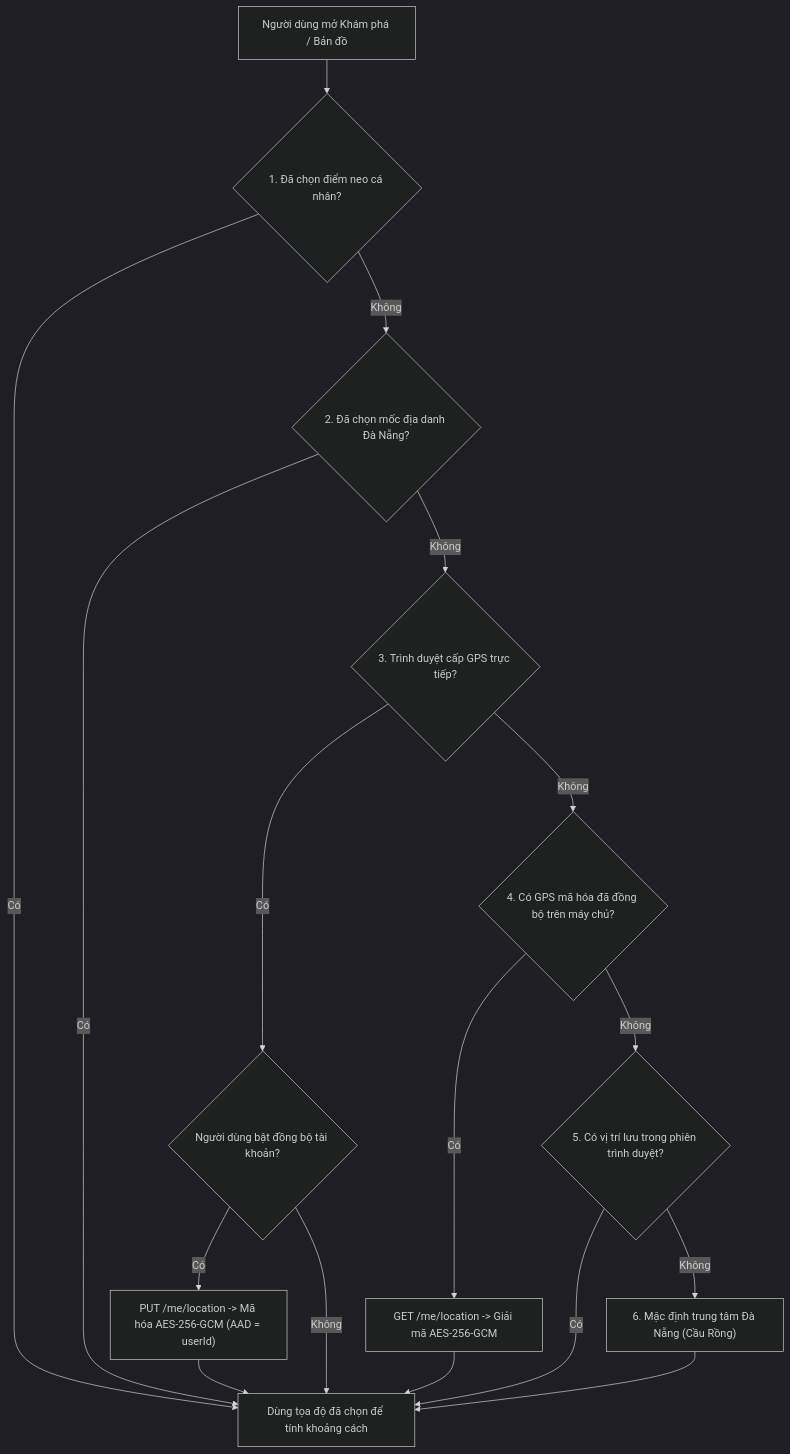
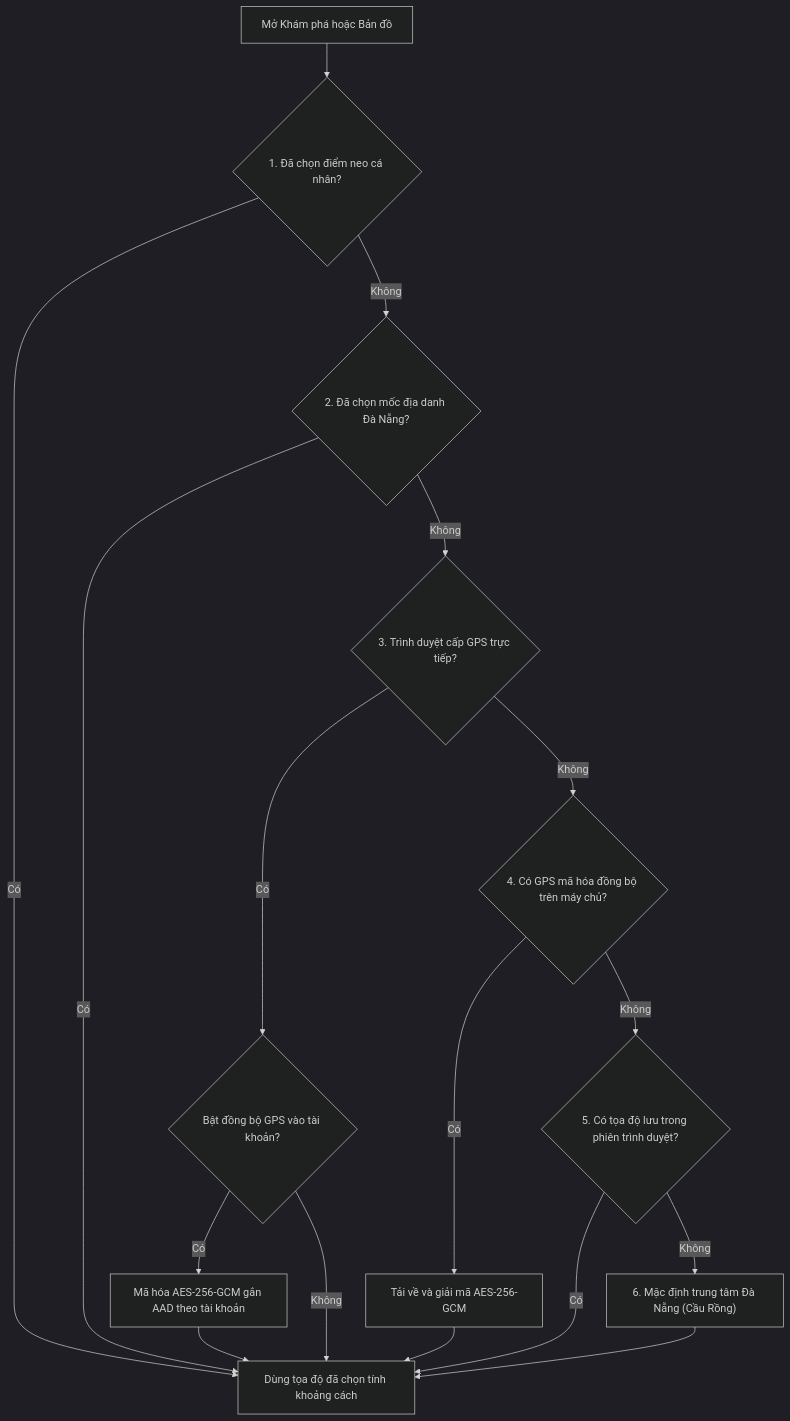
Diagram 17 of 24 in docs/bao-cao/BAO-CAO-DO-AN.md (longqt321/Rendez-PBL6), drawn with Mermaid (dark theme) before and after one commit. The commit also changed other lines of this file and 71 other files, not shown here.

Commit message:
feat(schema,backend): complete UX API features, role isolation, and submissions

````diff
--- a/docs/bao-cao/BAO-CAO-DO-AN.md
+++ b/docs/bao-cao/BAO-CAO-DO-AN.md
@@ -1406,16 +1475,16 @@
 ```mermaid
 flowchart TD
-    Start["Người dùng mở Khám phá / Bản đồ"] --> L1{"1. Đã chọn điểm neo cá nhân?"}
-    L1 -->|Có| Use["Dùng tọa độ đã chọn để tính khoảng cách"]
+    Start["Mở Khám phá hoặc Bản đồ"] --> L1{"1. Đã chọn điểm neo cá nhân?"}
+    L1 -->|Có| Use["Dùng tọa độ đã chọn tính khoảng cách"]
     L1 -->|Không| L2{"2. Đã chọn mốc địa danh Đà Nẵng?"}
     L2 -->|Có| Use
     L2 -->|Không| L3{"3. Trình duyệt cấp GPS trực tiếp?"}
-    L3 -->|Có| Sync{"Người dùng bật đồng bộ tài khoản?"}
-    Sync -->|Có| Enc["PUT /me/location -> Mã hóa AES-256-GCM (AAD = userId)"] --> Use
+    L3 -->|Có| Sync{"Bật đồng bộ GPS vào tài khoản?"}
+    Sync -->|Có| Enc["Mã hóa AES-256-GCM gắn AAD theo tài khoản"] --> Use
     Sync -->|Không| Use
-    L3 -->|Không| L4{"4. Có GPS mã hóa đã đồng bộ trên máy chủ?"}
-    L4 -->|Có| Dec["GET /me/location -> Giải mã AES-256-GCM"] --> Use
-    L4 -->|Không| L5{"5. Có vị trí lưu trong phiên trình duyệt?"}
+    L3 -->|Không| L4{"4. Có GPS mã hóa đồng bộ trên máy chủ?"}
+    L4 -->|Có| Dec["Tải về và giải mã AES-256-GCM"] --> Use
+    L4 -->|Không| L5{"5. Có tọa độ lưu trong phiên trình duyệt?"}
     L5 -->|Có| Use
     L5 -->|Không| L6["6. Mặc định trung tâm Đà Nẵng (Cầu Rồng)"] --> Use
 ```
````
